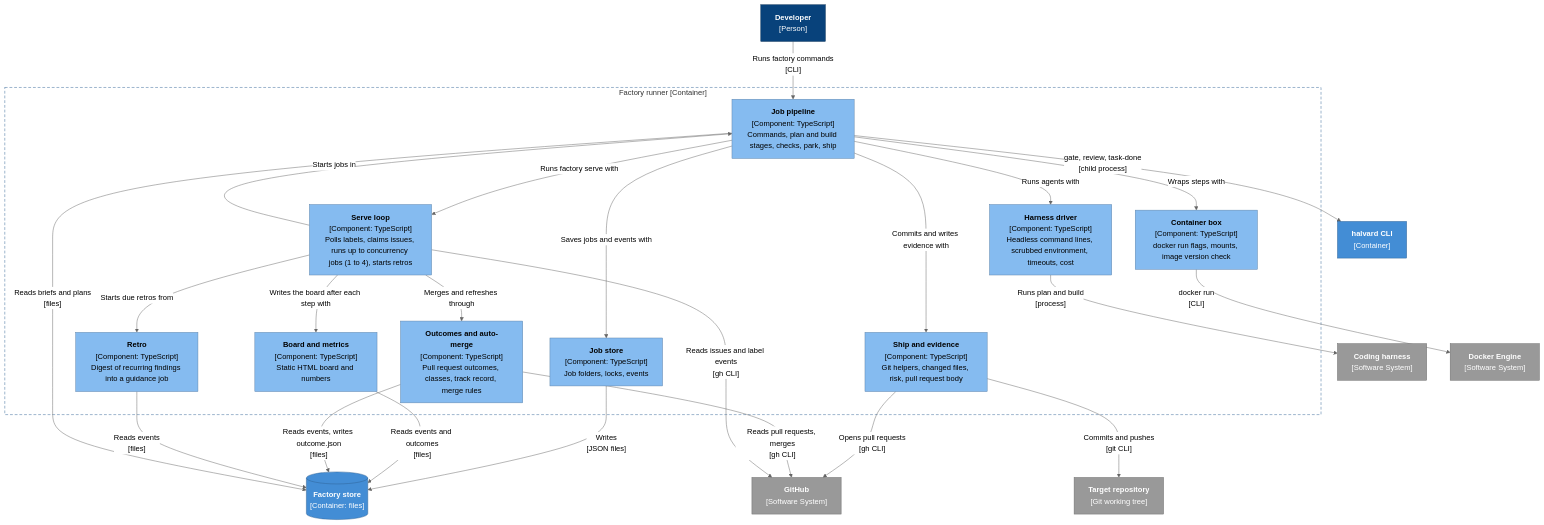
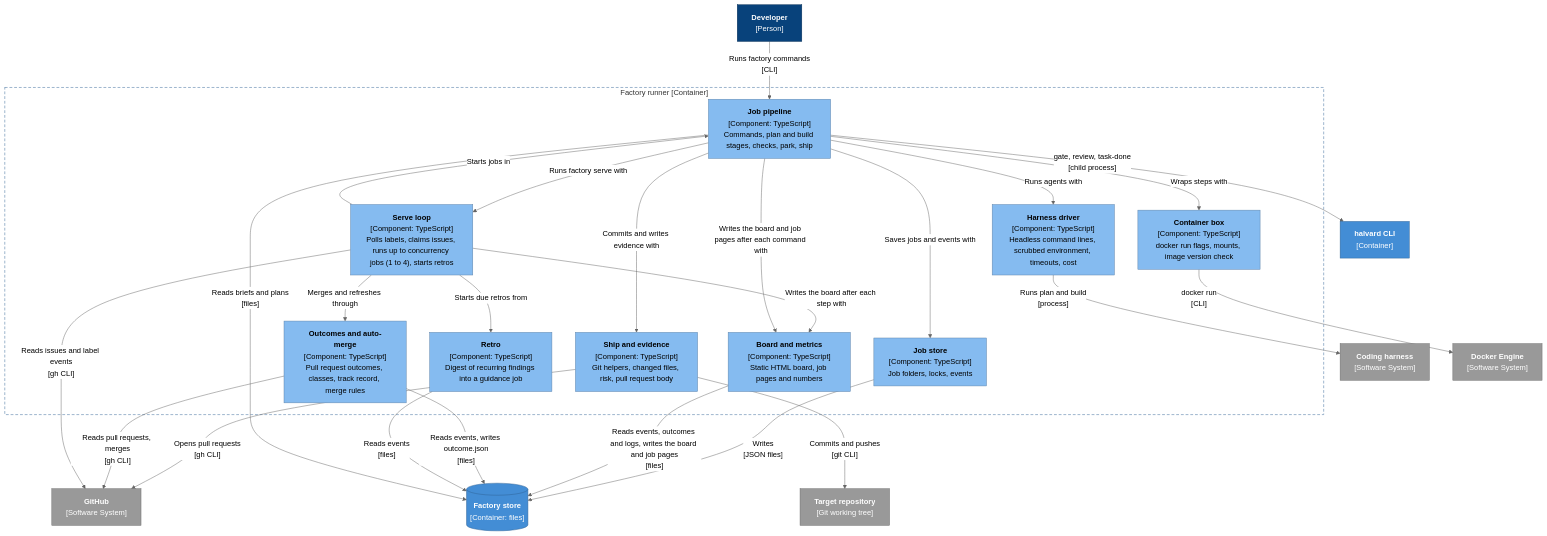
One commit to ghulando/halvard changed the fifth of 7 diagrams in docs/architecture.md. Above: the diagram before and after it, drawn with Mermaid (neutral theme). The commit also changed other lines of this file and 5 other files, not shown here.

Commit message:
Add factory ship, the board after each command, and job pages

````diff
--- a/docs/architecture.md
+++ b/docs/architecture.md
@@ -207,55 +207,56 @@
 ```mermaid
 flowchart TB
     dev["<b>Developer</b><br/>[Person]"]
     github["<b>GitHub</b><br/>[Software System]"]
     harness["<b>Coding harness</b><br/>[Software System]"]
     cli["<b>halvard CLI</b><br/>[Container]"]
     docker["<b>Docker Engine</b><br/>[Software System]"]
     jobs[("<b>Factory store</b><br/>[Container: files]")]
     repo["<b>Target repository</b><br/>[Git working tree]"]
 
     subgraph runner["Factory runner [Container]"]
         commands["<b>Job pipeline</b><br/>[Component: TypeScript]<br/>Commands, plan and build stages, checks, park, ship"]
         serve["<b>Serve loop</b><br/>[Component: TypeScript]<br/>Polls labels, claims issues, runs up to concurrency jobs (1 to 4), starts retros"]
         driver["<b>Harness driver</b><br/>[Component: TypeScript]<br/>Headless command lines, scrubbed environment, timeouts, cost"]
         box["<b>Container box</b><br/>[Component: TypeScript]<br/>docker run flags, mounts, image version check"]
         store["<b>Job store</b><br/>[Component: TypeScript]<br/>Job folders, locks, events"]
         ship["<b>Ship and evidence</b><br/>[Component: TypeScript]<br/>Git helpers, changed files, risk, pull request body"]
         outcomes["<b>Outcomes and auto-merge</b><br/>[Component: TypeScript]<br/>Pull request outcomes, classes, track record, merge rules"]
         retro["<b>Retro</b><br/>[Component: TypeScript]<br/>Digest of recurring findings into a guidance job"]
-        board["<b>Board and metrics</b><br/>[Component: TypeScript]<br/>Static HTML board and numbers"]
+        board["<b>Board and metrics</b><br/>[Component: TypeScript]<br/>Static HTML board, job pages and numbers"]
     end
 
     dev -- "Runs factory commands<br/>[CLI]" --> commands
     commands -- "Runs factory serve with" --> serve
     serve -- "Starts jobs in" --> commands
     serve -- "Merges and refreshes through" --> outcomes
     serve -- "Starts due retros from" --> retro
     commands -- "Runs agents with" --> driver
     commands -- "Wraps steps with" --> box
     commands -- "Saves jobs and events with" --> store
     commands -- "Commits and writes evidence with" --> ship
     commands -- "gate, review, task-done<br/>[child process]" --> cli
     driver -- "Runs plan and build<br/>[process]" --> harness
     box -- "docker run<br/>[CLI]" --> docker
     store -- "Writes<br/>[JSON files]" --> jobs
     ship -- "Commits and pushes<br/>[git CLI]" --> repo
     ship -- "Opens pull requests<br/>[gh CLI]" --> github
     outcomes -- "Reads pull requests, merges<br/>[gh CLI]" --> github
     serve -- "Reads issues and label events<br/>[gh CLI]" --> github
     serve -- "Writes the board after each step with" --> board
-    board -- "Reads events and outcomes<br/>[files]" --> jobs
+    commands -- "Writes the board and job pages after each command with" --> board
+    board -- "Reads events, outcomes and logs, writes the board and job pages<br/>[files]" --> jobs
     outcomes -- "Reads events, writes outcome.json<br/>[files]" --> jobs
     retro -- "Reads events<br/>[files]" --> jobs
     commands -- "Reads briefs and plans<br/>[files]" --> jobs
 
     classDef person fill:#08427b,stroke:#052e56,color:#ffffff
     classDef component fill:#85bbf0,stroke:#5d82a8,color:#000000
     classDef external fill:#999999,stroke:#6b6b6b,color:#ffffff
     class dev person
     classDef container fill:#438dd5,stroke:#2e6295,color:#ffffff
     class commands,serve,driver,box,store,ship,outcomes,retro,board component
     class cli,jobs container
     class github,harness,docker,repo external
     style runner fill:none,stroke:#2e6295,stroke-dasharray:6 4
 ```
````
